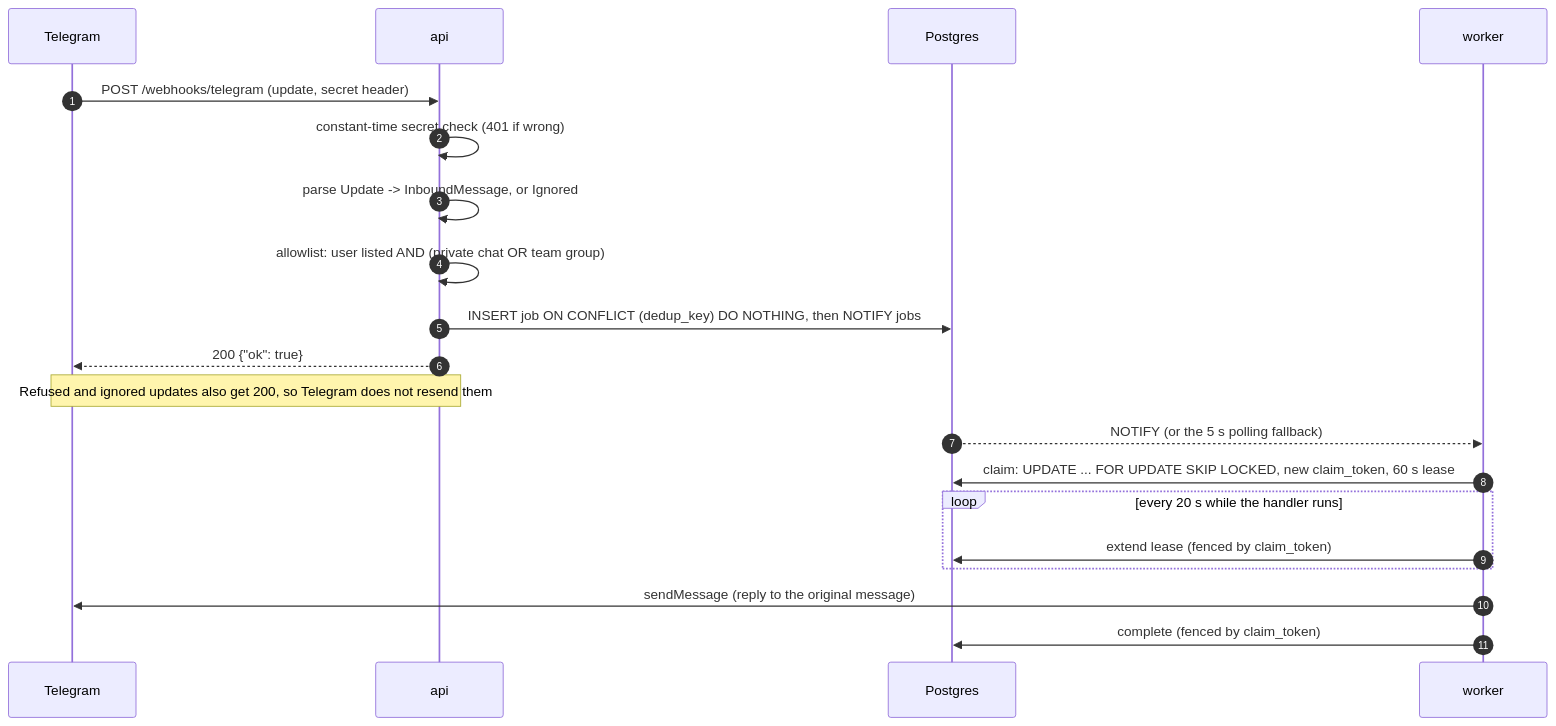
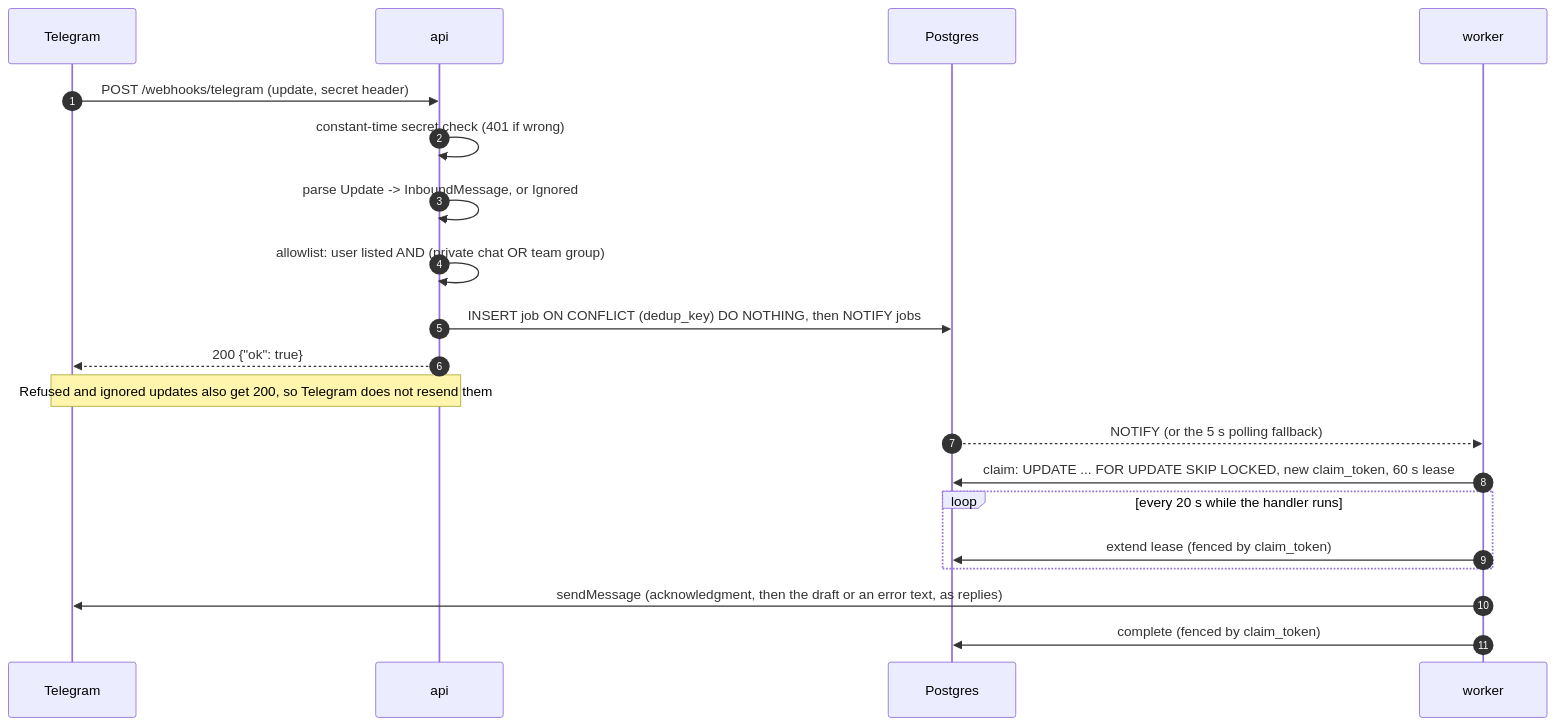
Before and after one commit to Mounso/dzdia-newsroom: the third of 4 diagrams in docs/architecture/overview.md, drawn with Mermaid. The commit also changed other lines of this file and 26 other files, not shown here.

````diff
--- a/docs/architecture/overview.md
+++ b/docs/architecture/overview.md
@@ -84,23 +84,23 @@
 ```mermaid
 sequenceDiagram
     autonumber
     participant T as Telegram
     participant A as api
     participant P as Postgres
     participant W as worker
 
     T->>A: POST /webhooks/telegram (update, secret header)
     A->>A: constant-time secret check (401 if wrong)
     A->>A: parse Update -> InboundMessage, or Ignored
     A->>A: allowlist: user listed AND (private chat OR team group)
     A->>P: INSERT job ON CONFLICT (dedup_key) DO NOTHING, then NOTIFY jobs
     A-->>T: 200 {"ok": true}
     Note over A,T: Refused and ignored updates also get 200, so Telegram does not resend them
     P-->>W: NOTIFY (or the 5 s polling fallback)
     W->>P: claim: UPDATE ... FOR UPDATE SKIP LOCKED, new claim_token, 60 s lease
     loop every 20 s while the handler runs
         W->>P: extend lease (fenced by claim_token)
     end
-    W->>T: sendMessage (reply to the original message)
+    W->>T: sendMessage (acknowledgment, then the draft or an error text, as replies)
     W->>P: complete (fenced by claim_token)
 ```
````
